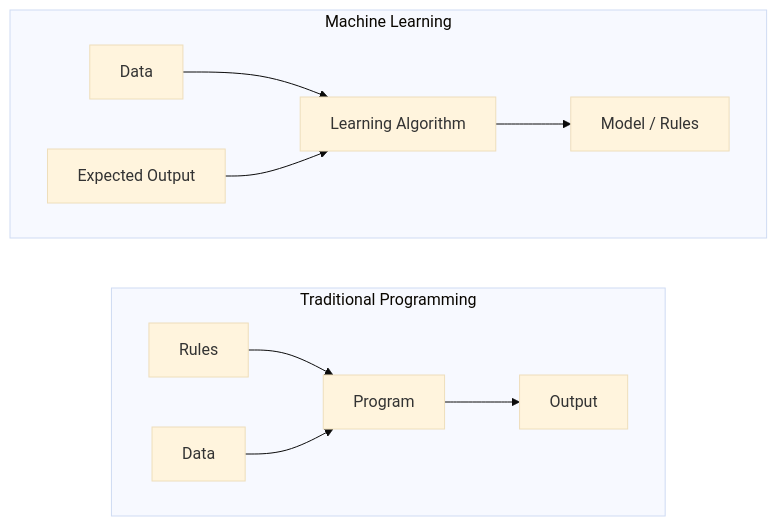
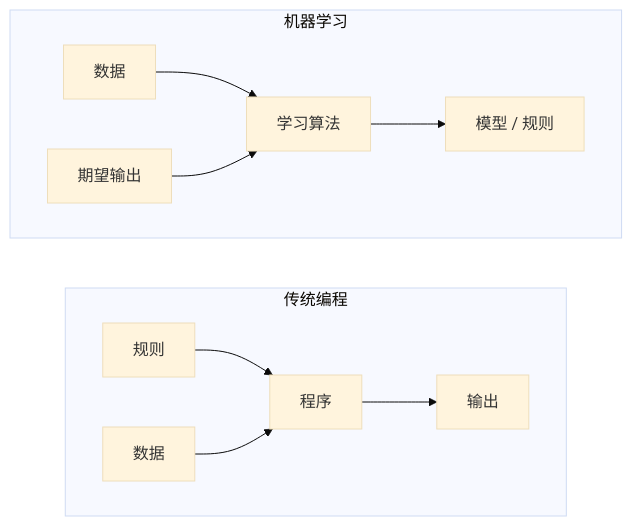
The first of 6 diagrams in lessons/02-ml-fundamentals/01-what-is-machine-learning/docs/zh.md (guangningsun/ailearning), drawn with Mermaid (base theme) before and after one commit. The commit also changed other lines of this file and 53 other files, not shown here.

````diff
--- a/lessons/02-ml-fundamentals/01-what-is-machine-learning/docs/zh.md
+++ b/lessons/02-ml-fundamentals/01-what-is-machine-learning/docs/zh.md
@@ -31,16 +31,16 @@
 ```mermaid
 flowchart LR
-    subgraph Traditional["Traditional Programming"]
+    subgraph Traditional["传统编程"]
         direction LR
-        R[Rules] --> P1[Program]
-        D1[Data] --> P1
-        P1 --> O1[Output]
+        R[规则] --> P1[程序]
+        D1[数据] --> P1
+        P1 --> O1[输出]
     end
 
-    subgraph ML["Machine Learning"]
+    subgraph ML["机器学习"]
         direction LR
-        D2[Data] --> P2[Learning Algorithm]
-        O2[Expected Output] --> P2
-        P2 --> M[Model / Rules]
+        D2[数据] --> P2[学习算法]
+        O2[期望输出] --> P2
+        P2 --> M[模型 / 规则]
     end
 ```
````
